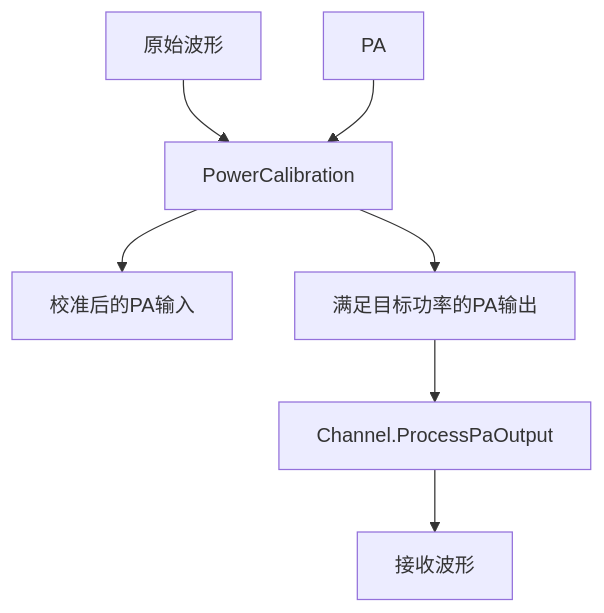
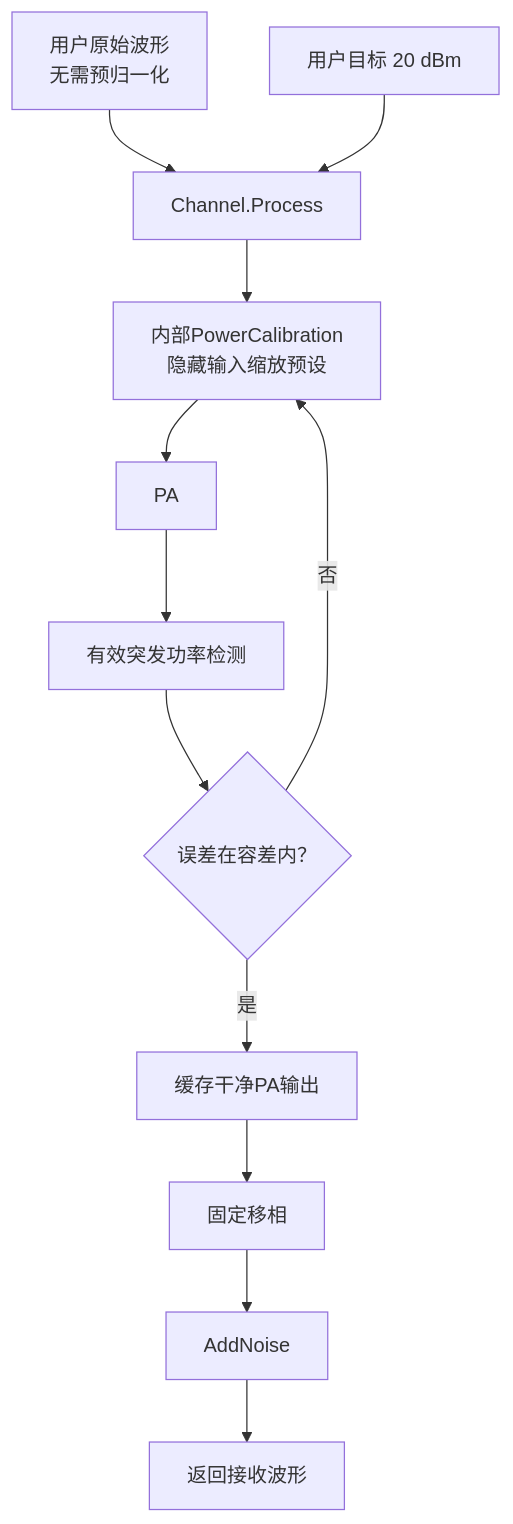
Before and after one commit to niyilu45/DPD_ILC: the third of 3 diagrams in doc/Channel.md, drawn with Mermaid. The commit also changed other lines of this file and 10 other files, not shown here.

Commit message:
Integrate channel power calibration and SNR noise

````diff
--- a/doc/Channel.md
+++ b/doc/Channel.md
@@ -395,9 +458,14 @@
 ```mermaid
 flowchart TD
-    original["原始波形"] --> calibration["PowerCalibration"]
-    pa["PA"] --> calibration
-    calibration --> calibratedInput["校准后的PA输入"]
-    calibration --> paOutput["满足目标功率的PA输出"]
-    paOutput --> channelEffects["Channel.ProcessPaOutput"]
-    channelEffects --> receiver["接收波形"]
+    original["用户原始波形<br/>无需预归一化"] --> process["Channel.Process"]
+    target["用户目标 20 dBm"] --> process
+    process --> calibration["内部PowerCalibration<br/>隐藏输入缩放预设"]
+    calibration --> pa["PA"]
+    pa --> detector["有效突发功率检测"]
+    detector --> decision{"误差在容差内？"}
+    decision -->|否| calibration
+    decision -->|是| cleanOutput["缓存干净PA输出"]
+    cleanOutput --> phase["固定移相"]
+    phase --> noise["AddNoise"]
+    noise --> receiver["返回接收波形"]
 ```
````
